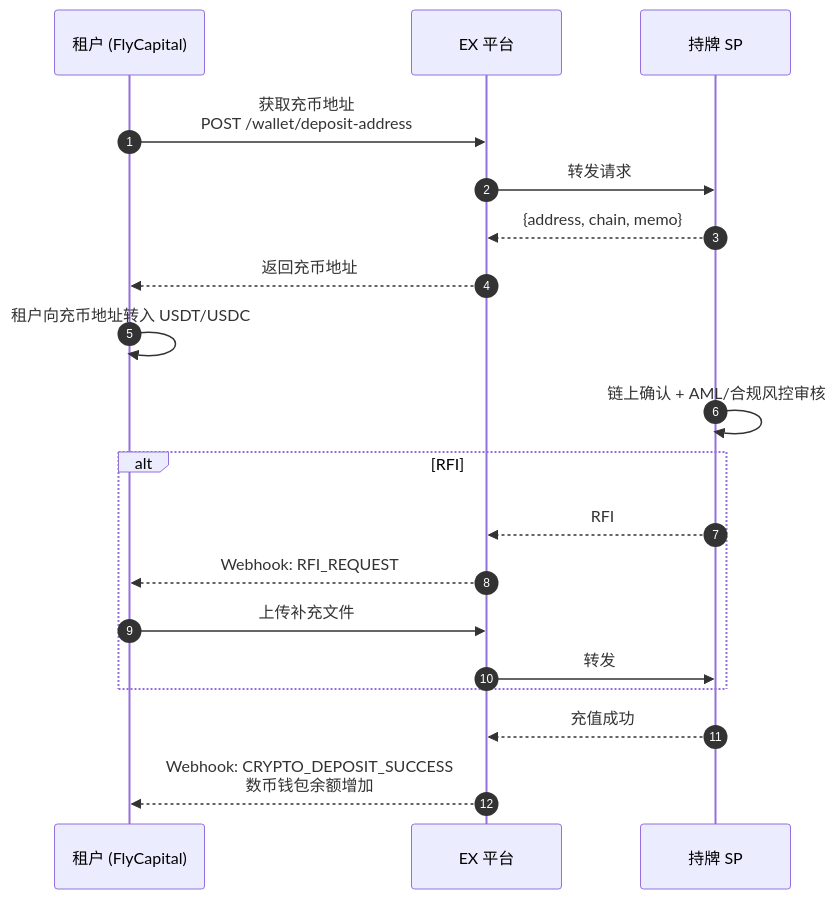
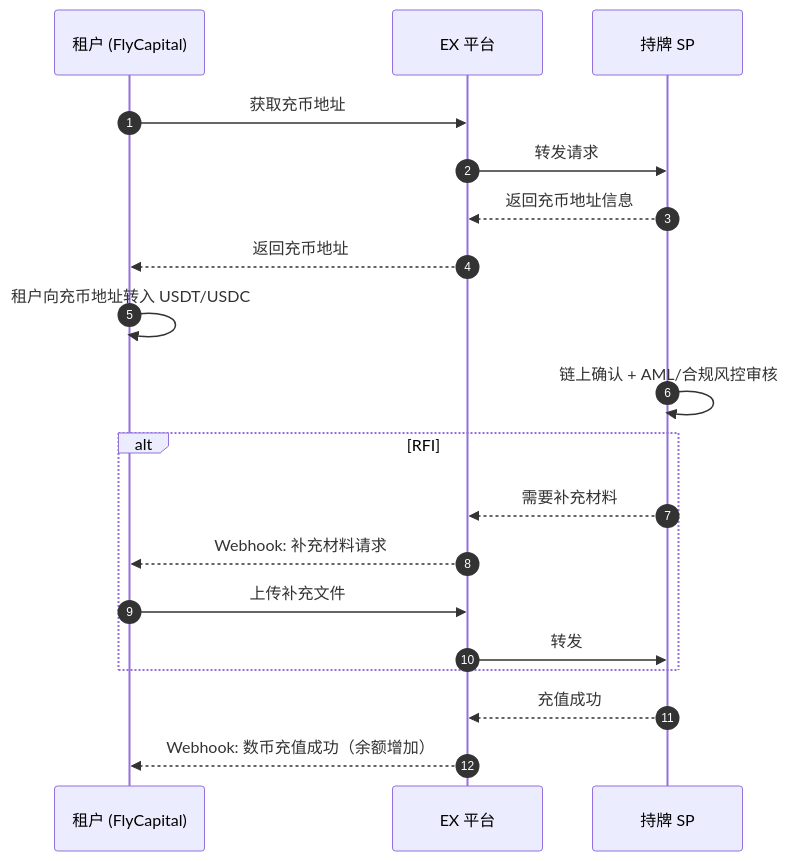
Before and after one commit to xiaoxiaoangie/EX-NEW: the fourth of 9 diagrams in Solutions/solutions/API-SOLUTION/ex-API-vcc-solution.md, drawn with Mermaid. The commit also changed other lines of this file and 18 other files, not shown here.

````diff
--- a/Solutions/solutions/API-SOLUTION/ex-API-vcc-solution.md
+++ b/Solutions/solutions/API-SOLUTION/ex-API-vcc-solution.md
@@ -227,23 +238,23 @@
 ```mermaid
 sequenceDiagram
     autonumber
     participant T as 租户 (FlyCapital)
     participant EX as EX 平台
     participant SP as 持牌 SP
 
-    T->>EX: 获取充币地址<br/>POST /wallet/deposit-address
+    T->>EX: 获取充币地址
     EX->>SP: 转发请求
-    SP-->>EX: {address, chain, memo}
+    SP-->>EX: 返回充币地址信息
     EX-->>T: 返回充币地址
 
     T->>T: 租户向充币地址转入 USDT/USDC
     SP->>SP: 链上确认 + AML/合规风控审核
     alt RFI
-        SP-->>EX: RFI
-        EX-->>T: Webhook: RFI_REQUEST
+        SP-->>EX: 需要补充材料
+        EX-->>T: Webhook: 补充材料请求
         T->>EX: 上传补充文件
         EX->>SP: 转发
     end
     SP-->>EX: 充值成功
-    EX-->>T: Webhook: CRYPTO_DEPOSIT_SUCCESS<br/>数币钱包余额增加
+    EX-->>T: Webhook: 数币充值成功（余额增加）
 ```
````
